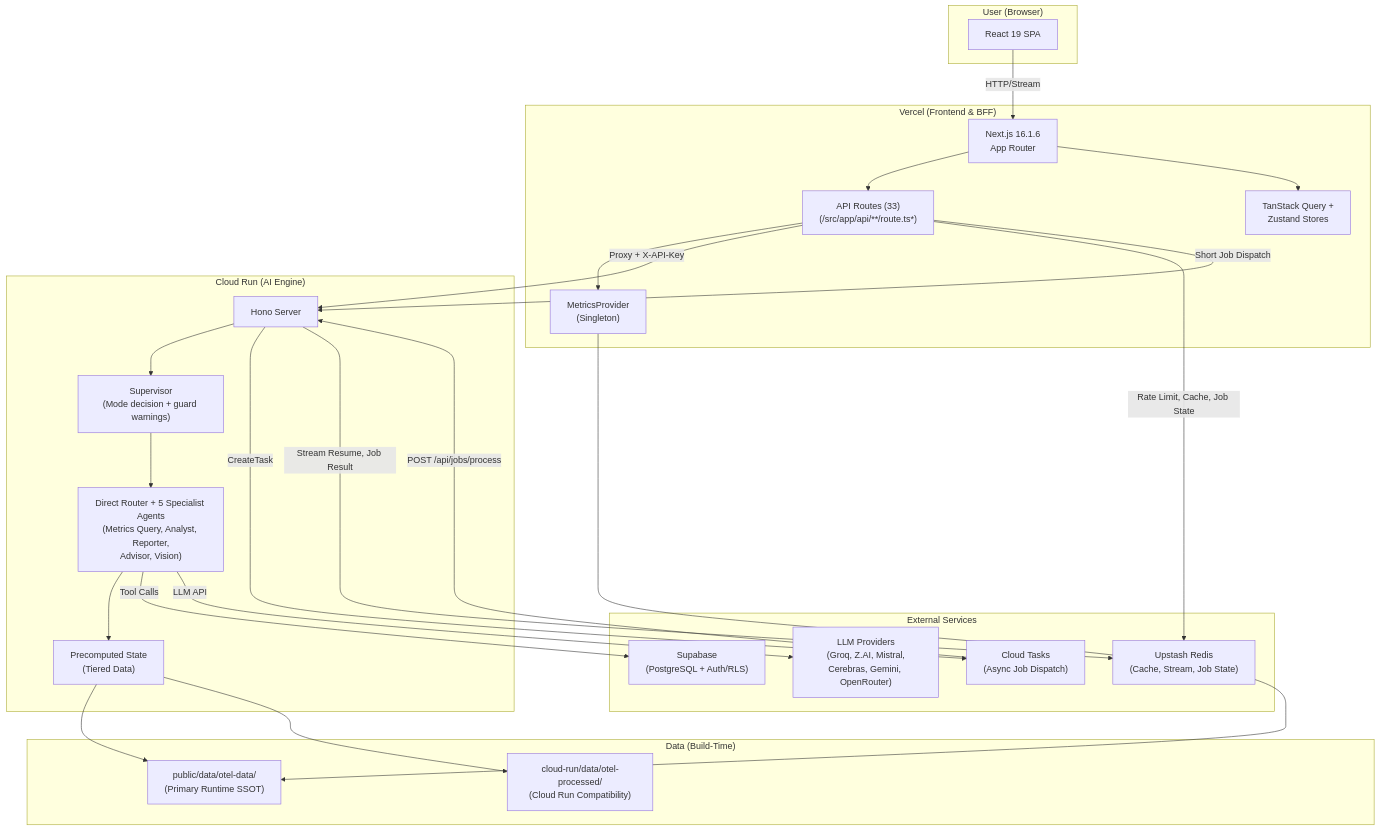
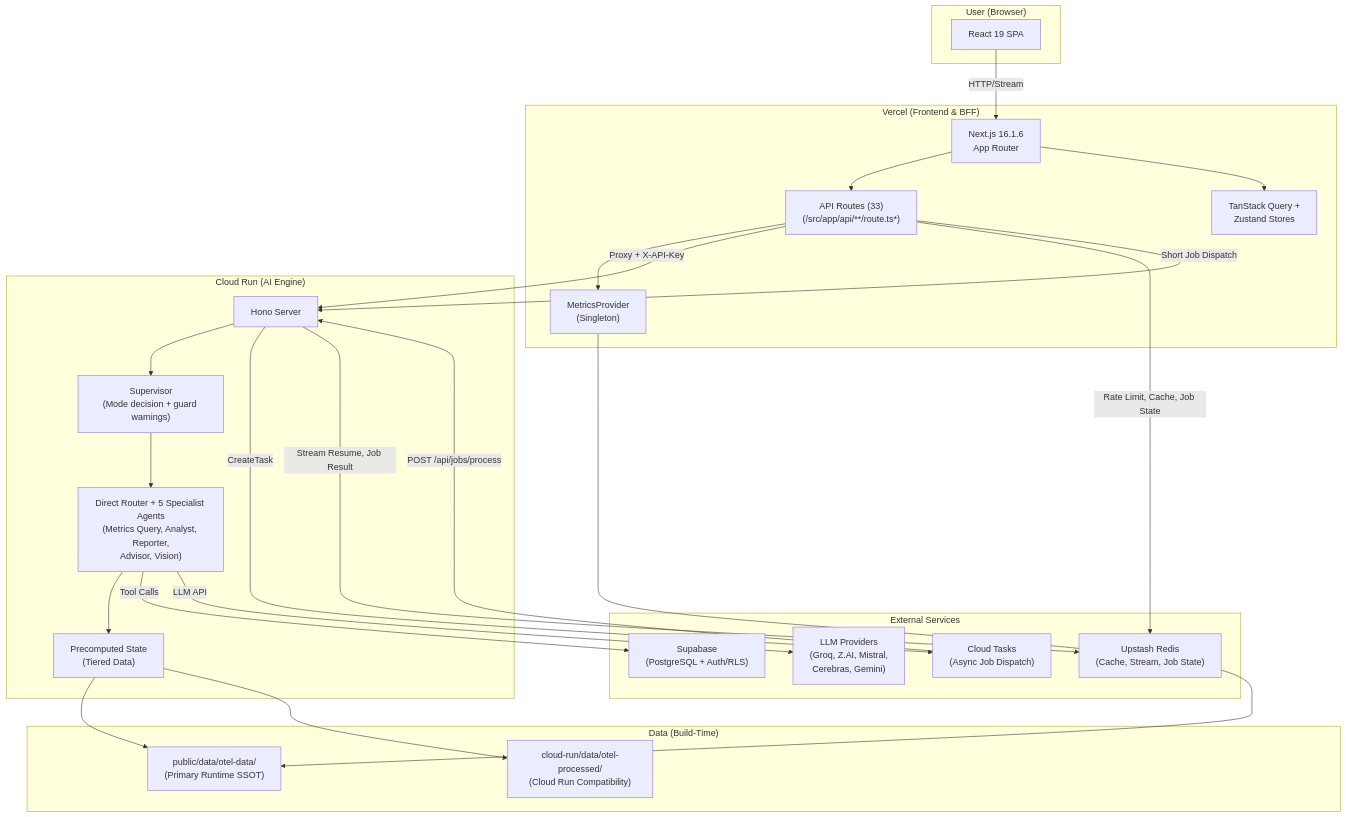
One commit to skyasu2/openmanager-ai changed the diagram in docs/reference/architecture/system/system-architecture-current.md. Above: the diagram before and after it, drawn with Mermaid. The commit also changed other lines of this file and 56 other files, not shown here.

````diff
--- a/docs/reference/architecture/system/system-architecture-current.md
+++ b/docs/reference/architecture/system/system-architecture-current.md
@@ -33,51 +33,51 @@
 ```mermaid
 graph TB
     subgraph User["User (Browser)"]
         UI[React 19 SPA]
     end
 
     subgraph Vercel["Vercel (Frontend & BFF)"]
         NextJS["Next.js 16.1.6<br/>App Router"]
         API["API Routes (33)<br/>(/src/app/api/**/route.ts*)"]
         MP["MetricsProvider<br/>(Singleton)"]
         Providers["TanStack Query +<br/>Zustand Stores"]
     end
 
     subgraph CloudRun["Cloud Run (AI Engine)"]
         Hono["Hono Server"]
         Supervisor["Supervisor<br/>(Mode decision + guard warnings)"]
         Agents["Direct Router + 5 Specialist Agents<br/>(Metrics Query, Analyst, Reporter,<br/>Advisor, Vision)"]
         PreComp["Precomputed State<br/>(Tiered Data)"]
     end
 
     subgraph External["External Services"]
         Supabase["Supabase<br/>(PostgreSQL + Auth/RLS)"]
         Redis["Upstash Redis<br/>(Cache, Stream, Job State)"]
         CloudTasks["Cloud Tasks<br/>(Async Job Dispatch)"]
-        LLM["LLM Providers<br/>(Groq, Z.AI, Mistral,<br/>Cerebras, Gemini, OpenRouter)"]
+        LLM["LLM Providers<br/>(Groq, Z.AI, Mistral,<br/>Cerebras, Gemini)"]
     end
 
     subgraph Data["Data (Build-Time)"]
         OTel["public/data/otel-data/<br/>(Primary Runtime SSOT)"]
         Compat["cloud-run/data/otel-processed/<br/>(Cloud Run Compatibility)"]
     end
 
     UI -->|HTTP/Stream| NextJS
     NextJS --> API
     API --> MP
     MP --> OTel
     API -->|Proxy + X-API-Key| Hono
     Hono --> Supervisor
     Supervisor --> Agents
     Agents --> PreComp
     PreComp --> OTel
     PreComp --> Compat
     Agents -->|Tool Calls| Supabase
     Agents -->|LLM API| LLM
     API -->|Rate Limit, Cache, Job State| Redis
     API -->|Short Job Dispatch| Hono
     Hono -->|CreateTask| CloudTasks
     CloudTasks -->|POST /api/jobs/process| Hono
     Hono -->|Stream Resume, Job Result| Redis
     NextJS --> Providers
 ```
````
